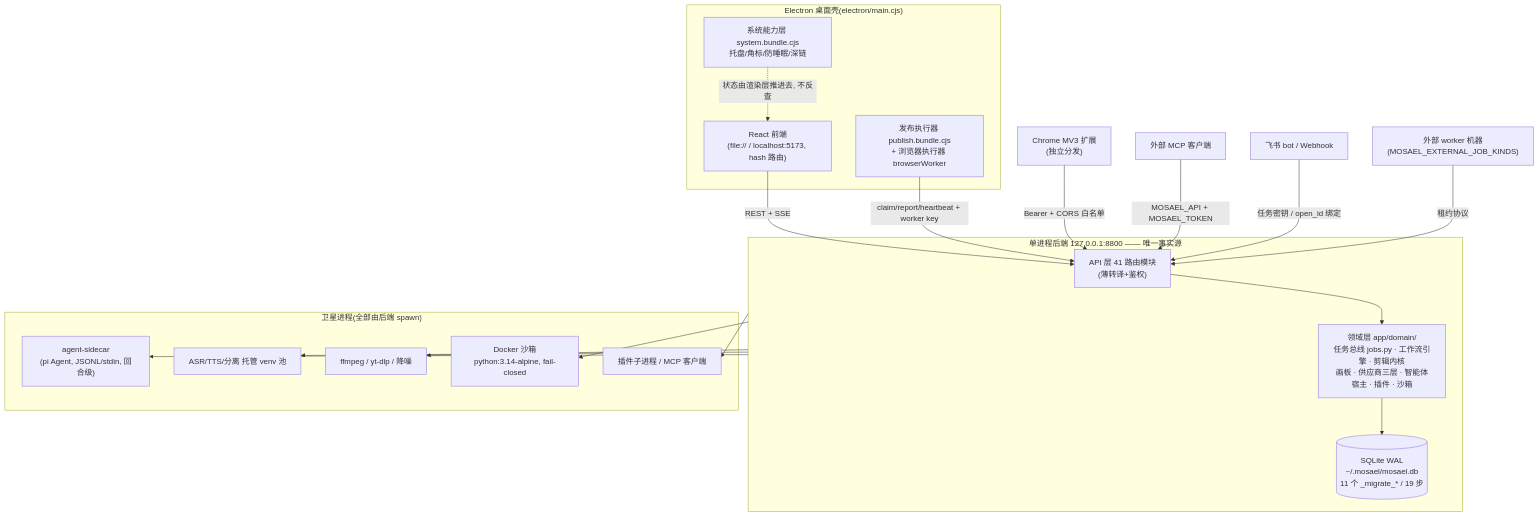
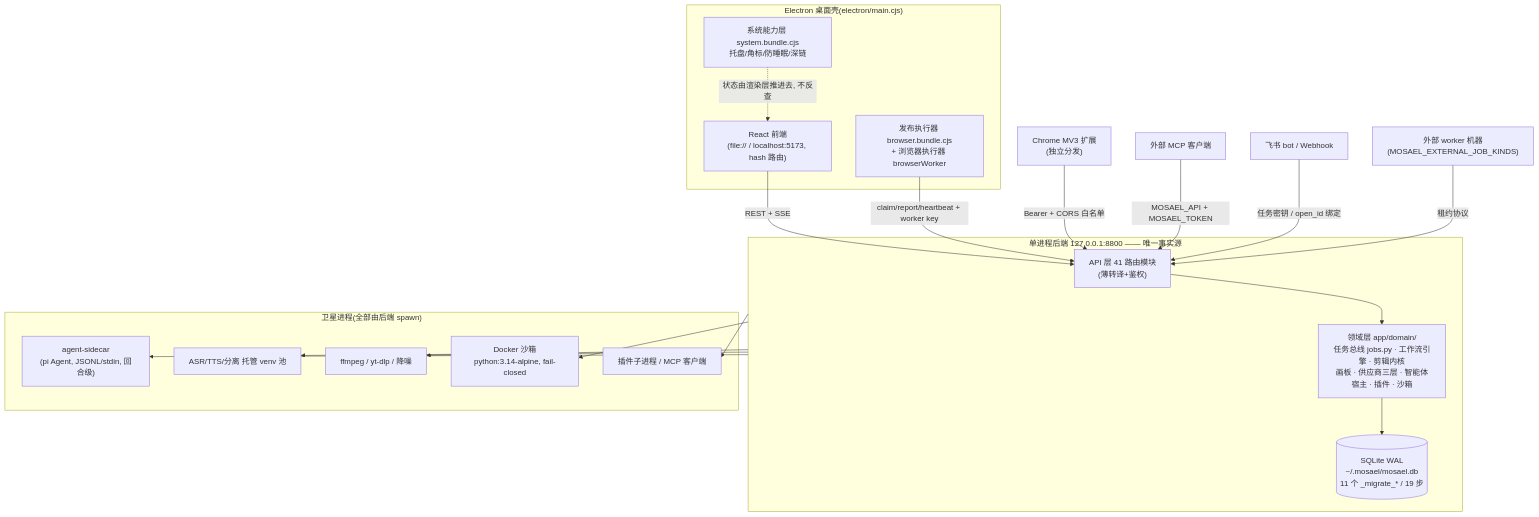
The first of 8 diagrams in docs/analysis/REPORT.md (Alndaly/Mosael), drawn with Mermaid before and after one commit. The commit also changed other lines of this file and 275 other files, not shown here.

First line of the commit message:
refactor(electron): 内嵌浏览器从 publish/ 拆成 browser/ 下的四块

````diff
--- a/docs/analysis/REPORT.md
+++ b/docs/analysis/REPORT.md
@@ -28,37 +28,37 @@
 ```mermaid
 graph TB
     subgraph Desktop["Electron 桌面壳(electron/main.cjs)"]
         UI["React 前端<br/>(file:// / localhost:5173, hash 路由)"]
-        PW["发布执行器 publish.bundle.cjs<br/>+ 浏览器执行器 browserWorker"]
+        PW["发布执行器 browser.bundle.cjs<br/>+ 浏览器执行器 browserWorker"]
         SYS["系统能力层 system.bundle.cjs<br/>托盘/角标/防睡眠/深链"]
     end
 
     subgraph Core["单进程后端 127.0.0.1:8800 —— 唯一事实源"]
         API["API 层 41 路由模块<br/>(薄转译+鉴权)"]
         DOM["领域层 app/domain/<br/>任务总线 jobs.py · 工作流引擎 · 剪辑内核<br/>画板 · 供应商三层 · 智能体宿主 · 插件 · 沙箱"]
         DB[("SQLite WAL<br/>~/.mosael/mosael.db<br/>11 个 _migrate_* / 19 步")]
         API --> DOM --> DB
     end
 
     subgraph Satellites["卫星进程(全部由后端 spawn)"]
         SC["agent-sidecar<br/>(pi Agent, JSONL/stdin, 回合级)"]
         AI["ASR/TTS/分离 托管 venv 池"]
         FF["ffmpeg / yt-dlp / 降噪"]
         SB["Docker 沙箱<br/>python:3.14-alpine, fail-closed"]
         PL["插件子进程 / MCP 客户端"]
     end
 
     EXT["Chrome MV3 扩展<br/>(独立分发)"]
     MCP["外部 MCP 客户端"]
     FS["飞书 bot / Webhook"]
     EXTW["外部 worker 机器<br/>(MOSAEL_EXTERNAL_JOB_KINDS)"]
 
     UI -->|REST + SSE| API
     PW -->|claim/report/heartbeat + worker key| API
     EXT -->|Bearer + CORS 白名单| API
     MCP -->|MOSAEL_API + MOSAEL_TOKEN| API
     FS -->|任务密钥 / open_id 绑定| API
     EXTW -->|租约协议| API
     Core --> SC & AI & FF & SB & PL
     SYS -.->|状态由渲染层推进去, 不反查| UI
 ```
````
